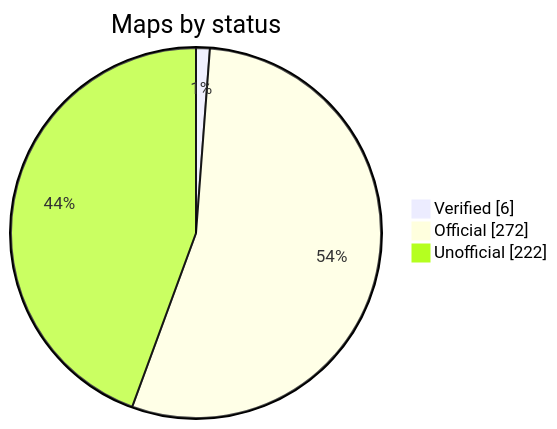
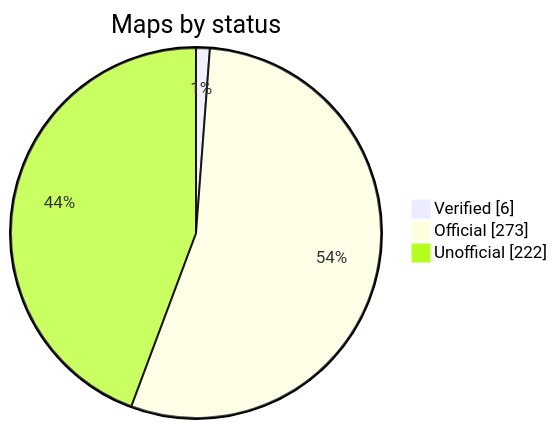
The diagram in README.md (nobrega8/mbmap-library), drawn with Mermaid before and after one commit. The commit also changed 2 other files, not shown here.

Commit message:
Add the Novus FieldLogger map (#99)

````diff
--- a/README.md
+++ b/README.md
@@ -48,7 +48,7 @@
 ```mermaid
 pie showData
     title Maps by status
     "Verified" : 6
-    "Official" : 272
+    "Official" : 273
     "Unofficial" : 222
 ```
````
